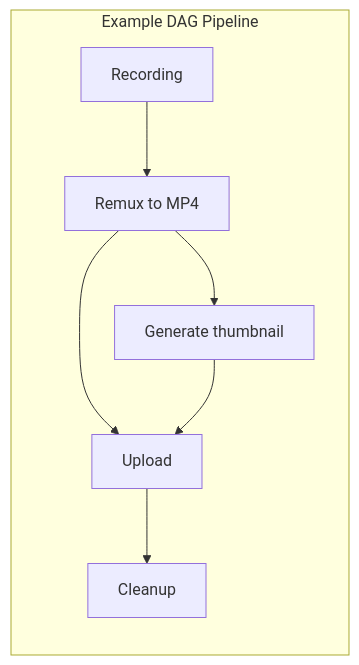
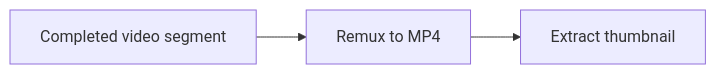
One commit to hua0512/rust-srec changed the first of 2 diagrams in rust-srec/docs/en/concepts/pipeline.md. Above: the diagram before and after it, drawn with Mermaid. The commit also changed other lines of this file and 90 other files, not shown here.

````diff
--- a/rust-srec/docs/en/concepts/pipeline.md
+++ b/rust-srec/docs/en/concepts/pipeline.md
@@ -9,10 +15,5 @@
 ```mermaid
 flowchart LR
-    subgraph DAG["Example DAG Pipeline"]
-        R[Recording] --> REMUX[Remux to MP4]
-        REMUX --> THUMB[Generate thumbnail]
-        REMUX --> UPLOAD[Upload]
-        THUMB --> UPLOAD
-        UPLOAD --> CLEANUP[Cleanup]
-    end
+    VIDEO[Completed video segment] --> REMUX[Remux to MP4]
+    REMUX --> THUMB[Extract thumbnail]
 ```
````
